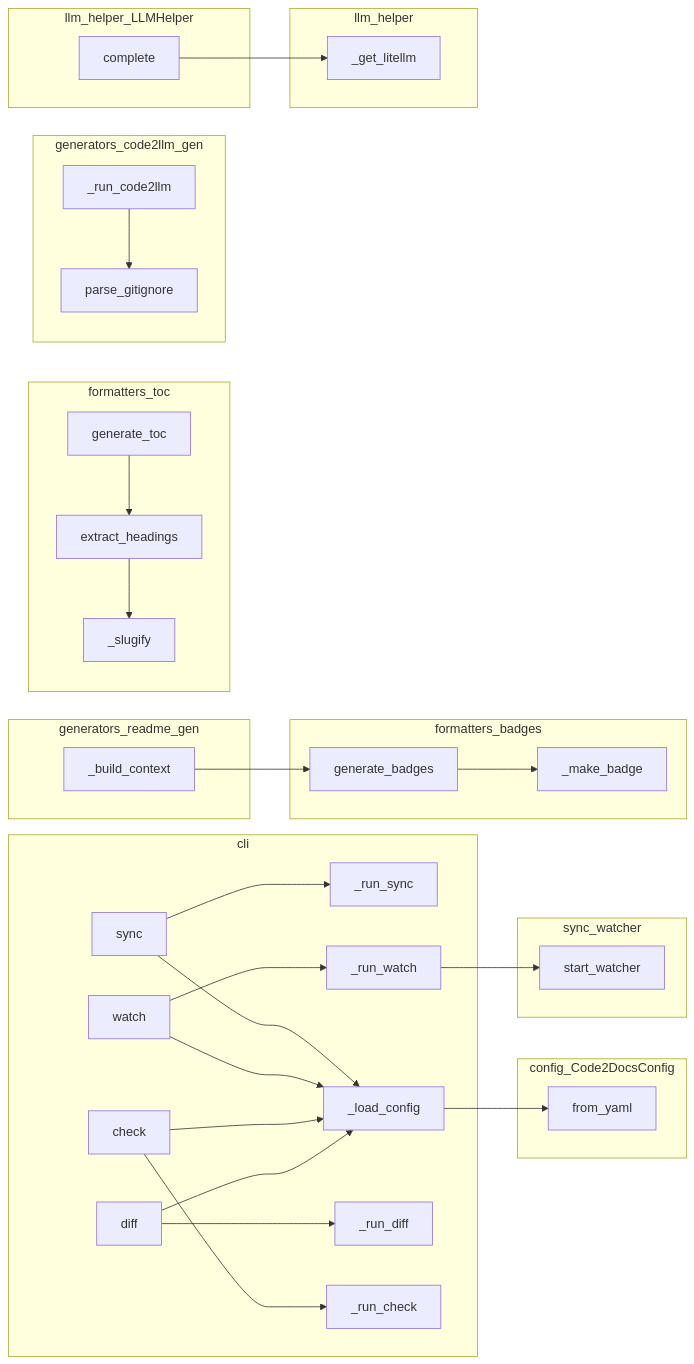
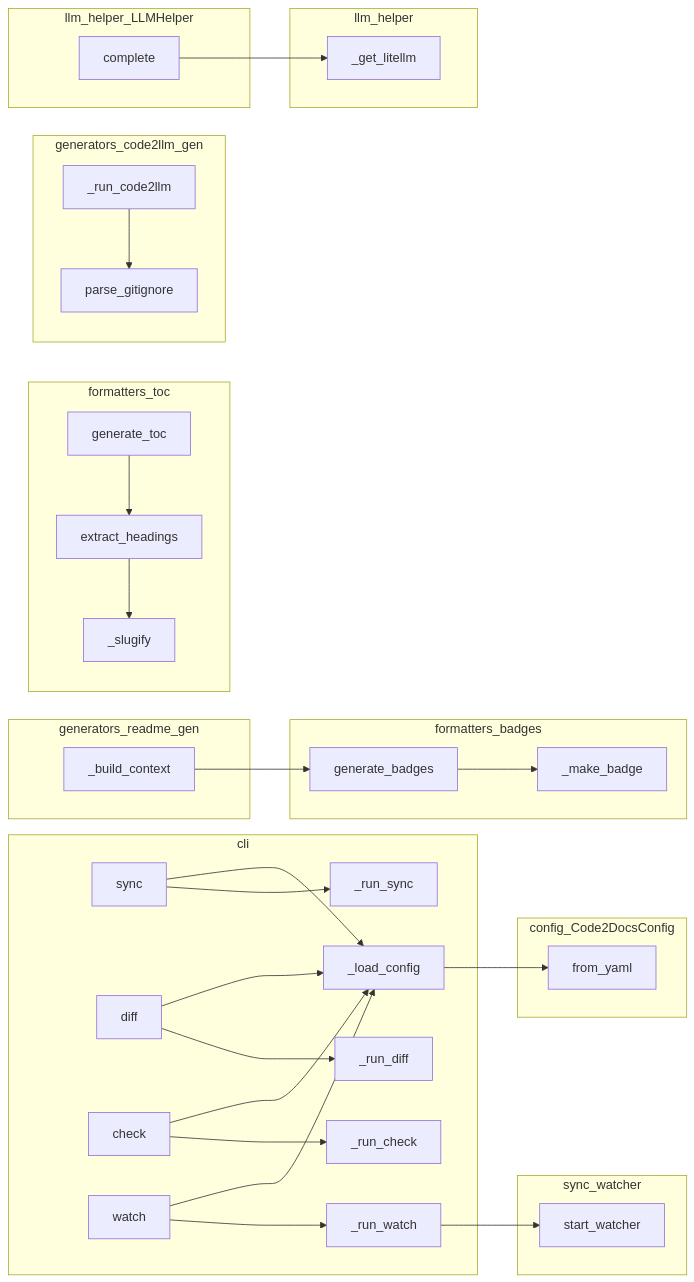
Before and after one commit to semcod/code2docs: the diagram in code2docs/project/calls.mmd, drawn with Mermaid. The commit also changed other lines of this file and 27 other files, not shown here.

```diff
--- a/code2docs/project/calls.mmd
+++ b/code2docs/project/calls.mmd
@@ -1,56 +1,56 @@
 flowchart LR
     subgraph cli
-        cli___run_sync["_run_sync"]
-        cli___run_watch["_run_watch"]
         cli___load_config["_load_config"]
-        cli__check["check"]
-        cli___run_diff["_run_diff"]
-        cli__watch["watch"]
-        cli__diff["diff"]
         cli___run_check["_run_check"]
         cli__sync["sync"]
+        cli___run_watch["_run_watch"]
+        cli___run_diff["_run_diff"]
+        cli__diff["diff"]
+        cli__check["check"]
+        cli___run_sync["_run_sync"]
+        cli__watch["watch"]
     end
     subgraph config_Code2DocsConfig
         config__Code2DocsConfig__from_yaml["from_yaml"]
     end
     subgraph formatters_badges
+        formatters__badges___make_badge["_make_badge"]
         formatters__badges__generate_badges["generate_badges"]
-        formatters__badges___make_badge["_make_badge"]
     end
     subgraph formatters_toc
         formatters__toc__generate_toc["generate_toc"]
         formatters__toc__extract_headings["extract_headings"]
         formatters__toc___slugify["_slugify"]
     end
     subgraph generators_code2llm_gen
         generators__code2llm_gen__parse_gitignore["parse_gitignore"]
         generators___run_code2llm["_run_code2llm"]
     end
     subgraph generators_readme_gen
         generators___build_context["_build_context"]
     end
     subgraph llm_helper
         llm_helper___get_litellm["_get_litellm"]
     end
     subgraph llm_helper_LLMHelper
         llm_helper__LLMHelper__complete["complete"]
     end
     subgraph sync_watcher
         sync__watcher__start_watcher["start_watcher"]
     end
     llm_helper__LLMHelper__complete --> llm_helper___get_litellm
     formatters__badges__generate_badges --> formatters__badges___make_badge
     formatters__toc__generate_toc --> formatters__toc__extract_headings
     formatters__toc__extract_headings --> formatters__toc___slugify
     generators___build_context --> formatters__badges__generate_badges
     generators___run_code2llm --> generators__code2llm_gen__parse_gitignore
     cli__sync --> cli___load_config
     cli__sync --> cli___run_sync
     cli__watch --> cli___load_config
     cli__watch --> cli___run_watch
     cli__check --> cli___load_config
     cli__check --> cli___run_check
     cli__diff --> cli___load_config
     cli__diff --> cli___run_diff
     cli___load_config --> config__Code2DocsConfig__from_yaml
     cli___run_watch --> sync__watcher__start_watcher
```
